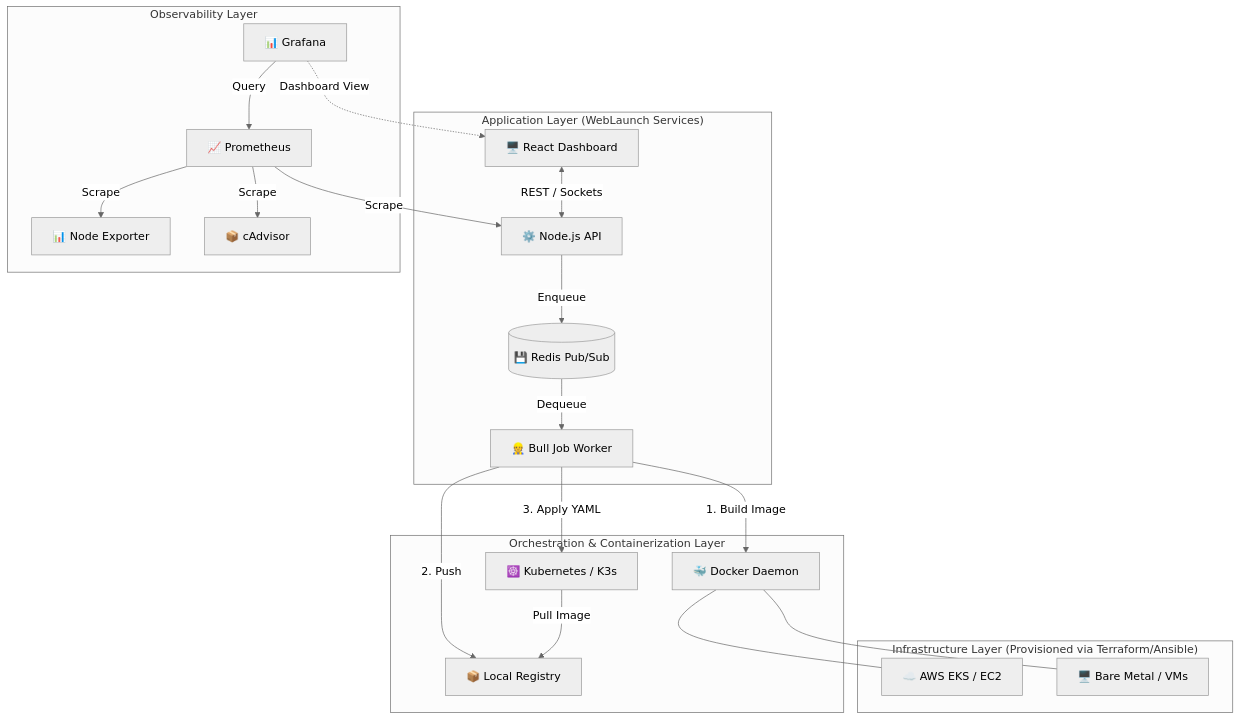
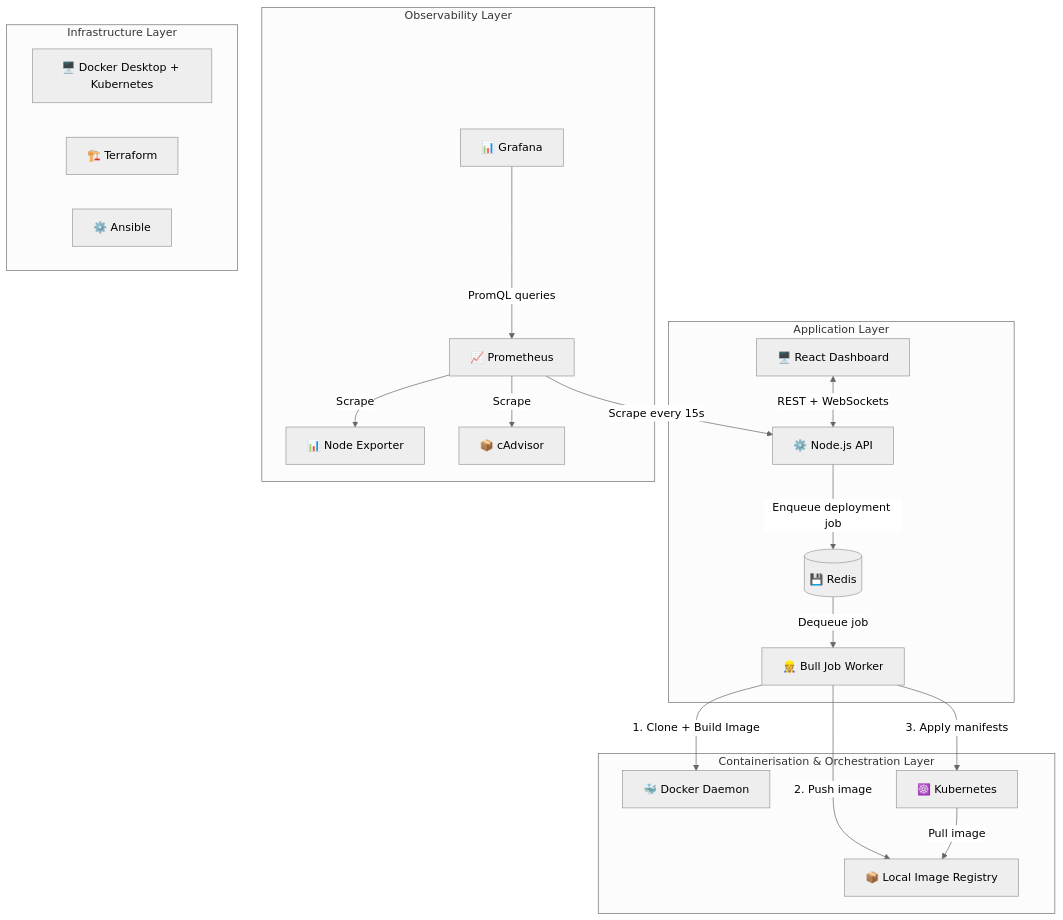
Before and after one commit to shivamkadam63s/weblaunch: the first of 2 diagrams in README.md, drawn with Mermaid (neutral theme). The commit also changed other lines of this file, not shown here.

````diff
--- a/README.md
+++ b/README.md
@@ -96,34 +33,31 @@
 ```mermaid
 graph TD
-    subgraph "Application Layer (WebLaunch Services)"
+    subgraph "Application Layer"
         UI[🖥️ React Dashboard]
         API[⚙️ Node.js API]
         Queue[👷 Bull Job Worker]
-        UI <-->|REST / Sockets| API
-        API -->|Enqueue| Redis[(💾 Redis Pub/Sub)]
-        Redis -->|Dequeue| Queue
+        UI <-->|REST + WebSockets| API
+        API -->|Enqueue deployment job| Redis[(💾 Redis)]
+        Redis -->|Dequeue job| Queue
     end
 
-    subgraph "Orchestration & Containerization Layer"
-        Queue -->|1. Build Image| DockerDaemon[🐳 Docker Daemon]
-        Queue -->|2. Push| Registry[📦 Local Registry]
-        Queue -->|3. Apply YAML| K3s[☸️ Kubernetes / K3s]
-        K3s -->|Pull Image| Registry
+    subgraph "Containerisation & Orchestration Layer"
+        Queue -->|1. Clone + Build Image| DockerDaemon[🐳 Docker Daemon]
+        Queue -->|2. Push image| Registry[📦 Local Image Registry]
+        Queue -->|3. Apply manifests| K8s[☸️ Kubernetes]
+        K8s -->|Pull image| Registry
     end
 
     subgraph "Observability Layer"
-        Prometheus[📈 Prometheus] -->|Scrape| API
+        Prometheus[📈 Prometheus] -->|Scrape every 15s| API
         Prometheus -->|Scrape| NodeExporter[📊 Node Exporter]
         Prometheus -->|Scrape| cAdvisor[📦 cAdvisor]
-        Grafana[📊 Grafana] -->|Query| Prometheus
-        Grafana -.->|Dashboard View| UI
+        Grafana[📊 Grafana] -->|PromQL queries| Prometheus
     end
 
-    subgraph "Infrastructure Layer (Provisioned via Terraform/Ansible)"
-        AWS[☁️ AWS EKS / EC2]
-        BareMetal[🖥️ Bare Metal / VMs]
+    subgraph "Infrastructure Layer"
+        DockerDesktop[🖥️ Docker Desktop + Kubernetes]
+        Terraform[🏗️ Terraform]
+        Ansible[⚙️ Ansible]
     end
-
-    DockerDaemon --- AWS
-    DockerDaemon --- BareMetal
 ```
````
